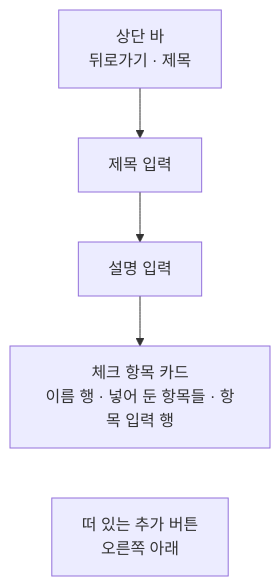
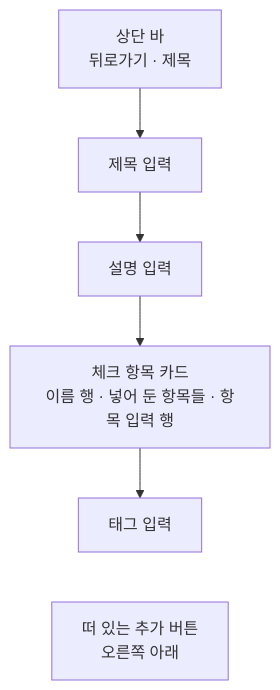
The diagram in docs/design/checklist-add.md (taetae98coding/DiaryKMP), drawn with Mermaid before and after one commit. The commit also changed other lines of this file and 98 other files, not shown here.

````diff
--- a/docs/design/checklist-add.md
+++ b/docs/design/checklist-add.md
@@ -19,10 +19,11 @@
 ```mermaid
 flowchart TB
     top["상단 바<br/>뒤로가기 · 제목"]
     title["제목 입력"]
     desc["설명 입력"]
     card["체크 항목 카드<br/>이름 행 · 넣어 둔 항목들 · 항목 입력 행"]
+    tag["태그 입력"]
     fab["떠 있는 추가 버튼<br/>오른쪽 아래"]
-    top --> title --> desc --> card
-    card ~~~ fab
+    top --> title --> desc --> card --> tag
+    tag ~~~ fab
 ```
````
